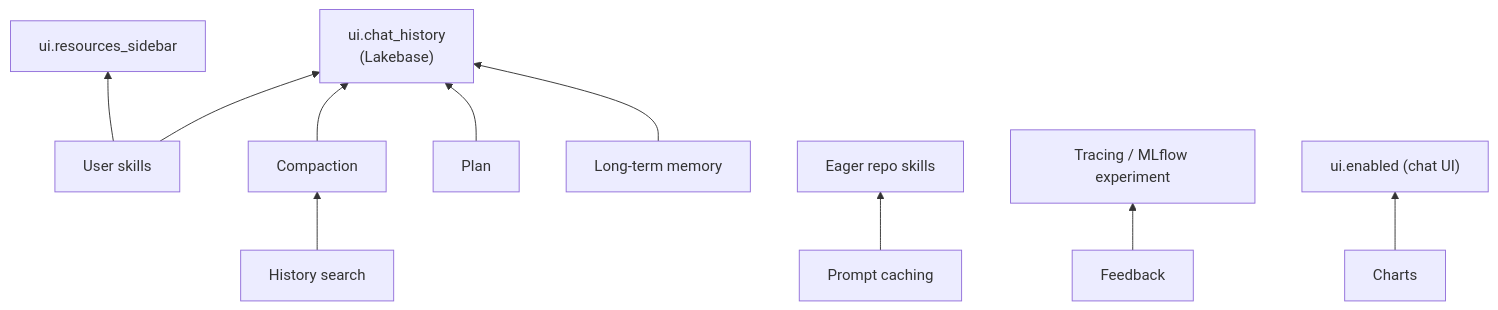
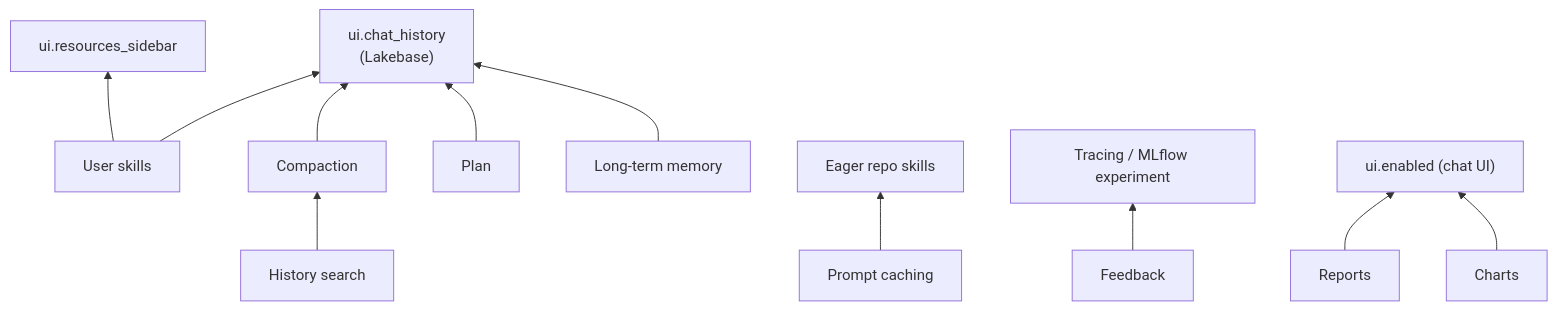
Before and after one commit to databricks-solutions/databricks-agent-foundry: the sixth of 6 diagrams in payloads/agent/CAPABILITIES.md, drawn with Mermaid. The commit also changed other lines of this file and 167 other files, not shown here.

````diff
--- a/payloads/agent/CAPABILITIES.md
+++ b/payloads/agent/CAPABILITIES.md
@@ -602,14 +694,15 @@
 ```mermaid
 flowchart BT
   CH["ui.chat_history<br/>(Lakebase)"]
   RS["ui.resources_sidebar"]
   US["User skills"] --> CH
   US --> RS
   CO["Compaction"] --> CH
   HS["History search"] --> CO
   PL["Plan"] --> CH
   ME["Long-term memory"] --> CH
   PC["Prompt caching"] --> EG["Eager repo skills"]
   FB["Feedback"] --> TR["Tracing / MLflow experiment"]
   CHART["Charts"] --> UI["ui.enabled (chat UI)"]
+  REP["Reports"] --> UI
 ```
````
